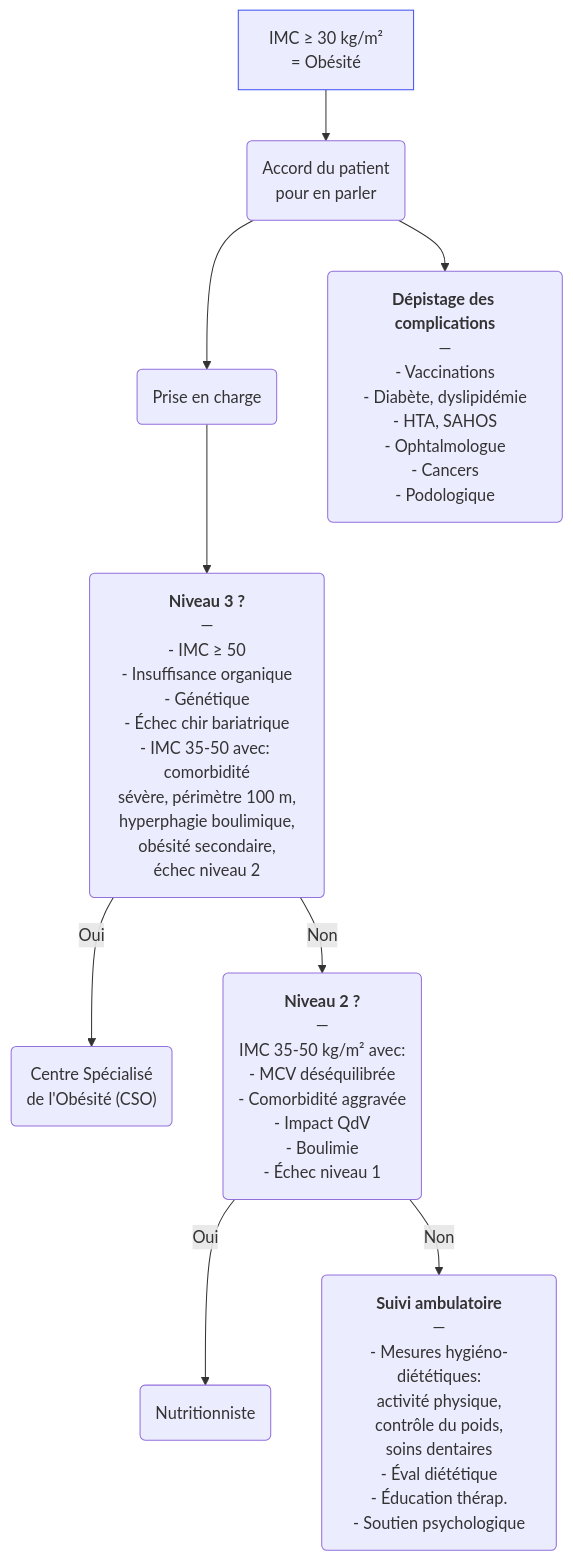
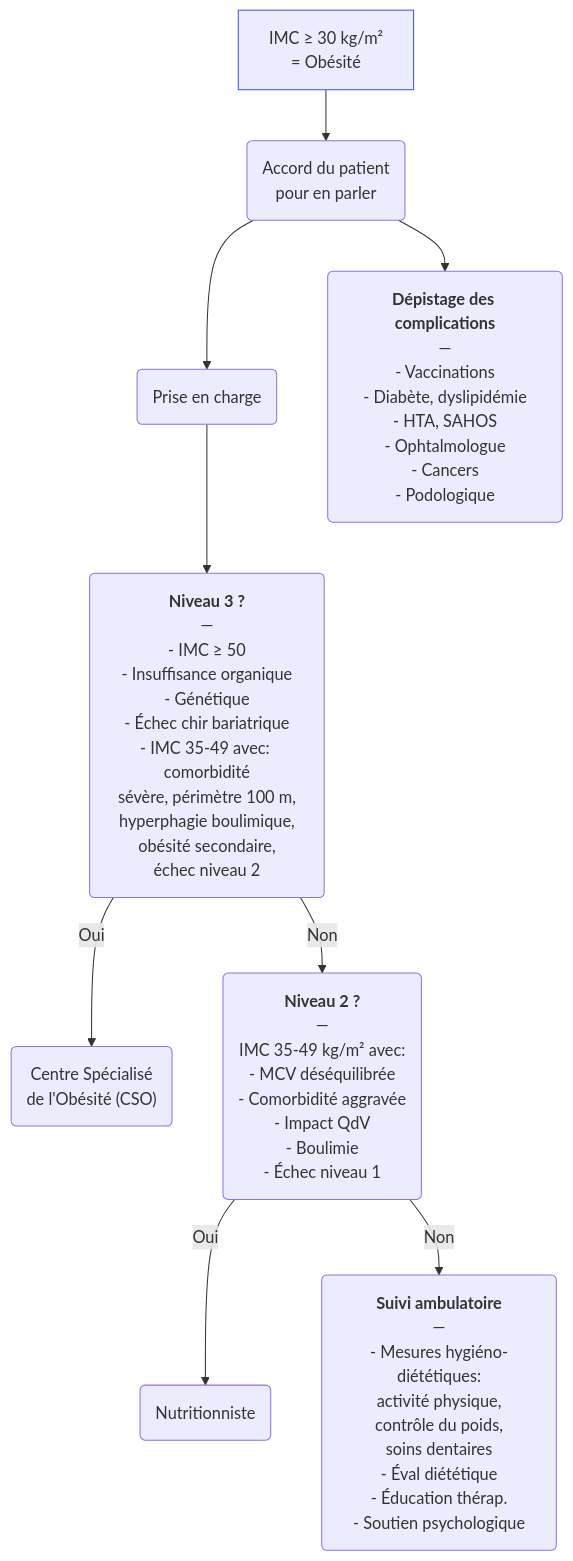
One commit to djibe/recommandations-medicales changed the diagram in content/recommandations/obesite-adulte.md. Above: the diagram before and after it, drawn with Mermaid. The commit also changed other lines of this file and 6 other files, not shown here.

```diff
--- a/content/recommandations/obesite-adulte.md
+++ b/content/recommandations/obesite-adulte.md
@@ -425,8 +425,8 @@
 {{< mermaid title="Prise en charge de l'obésité de l'adulte. Drs Alaedine Benani et JB Fron d'après HAS 2023 et 2022">}}
 graph TB
-  obésité["IMC ≥ 30 kg/m²<br>= Obésité"] --> accord("Accord du patient<br>pour en parler") --> pec(Prise en charge) --> niveau3("<b>Niveau 3 ?</b><br>—<br>- IMC ≥ 50<br>- Insuffisance organique<br>- Génétique<br>- Échec chir bariatrique<br>- IMC 35-50 avec: comorbidité<br>sévère, périmètre 100 m,<br>hyperphagie boulimique,<br>obésité secondaire,<br>échec niveau 2") -- Oui --> centre("Centre Spécialisé<br>de l'Obésité (CSO)")
-      niveau3 -- Non --> niveau2("<b>Niveau 2 ?</b><br>—<br>IMC 35-50 kg/m² avec:<br>- MCV déséquilibrée<br>- Comorbidité aggravée<br>- Impact QdV<br>- Boulimie<br>- Échec niveau 1") -- Oui --> nutritionniste("Nutritionniste")
+  obésité["IMC ≥ 30 kg/m²<br>= Obésité"] --> accord("Accord du patient<br>pour en parler") --> pec(Prise en charge) --> niveau3("<b>Niveau 3 ?</b><br>—<br>- IMC ≥ 50<br>- Insuffisance organique<br>- Génétique<br>- Échec chir bariatrique<br>- IMC 35-49 avec: comorbidité<br>sévère, périmètre 100 m,<br>hyperphagie boulimique,<br>obésité secondaire,<br>échec niveau 2") -- Oui --> centre("Centre Spécialisé<br>de l'Obésité (CSO)")
+      niveau3 -- Non --> niveau2("<b>Niveau 2 ?</b><br>—<br>IMC 35-49 kg/m² avec:<br>- MCV déséquilibrée<br>- Comorbidité aggravée<br>- Impact QdV<br>- Boulimie<br>- Échec niveau 1") -- Oui --> nutritionniste("Nutritionniste")
         niveau2 -- Non --> niveau1("<b>Suivi ambulatoire</b><br>—<br>- Mesures hygiéno-diététiques:<br>activité physique,<br>contrôle du poids,<br>soins dentaires<br>- Éval diététique<br>- Éducation thérap.<br>- Soutien psychologique")
     accord --> complications("<b>Dépistage des complications</b><br>—<br>- Vaccinations<br>- Diabète, dyslipidémie<br>- HTA, SAHOS<br>- Ophtalmologue<br>- Cancers<br>- Podologique")
   style obésité stroke:#4150f5, stroke-width:1px
 {{< /mermaid >}}
```
